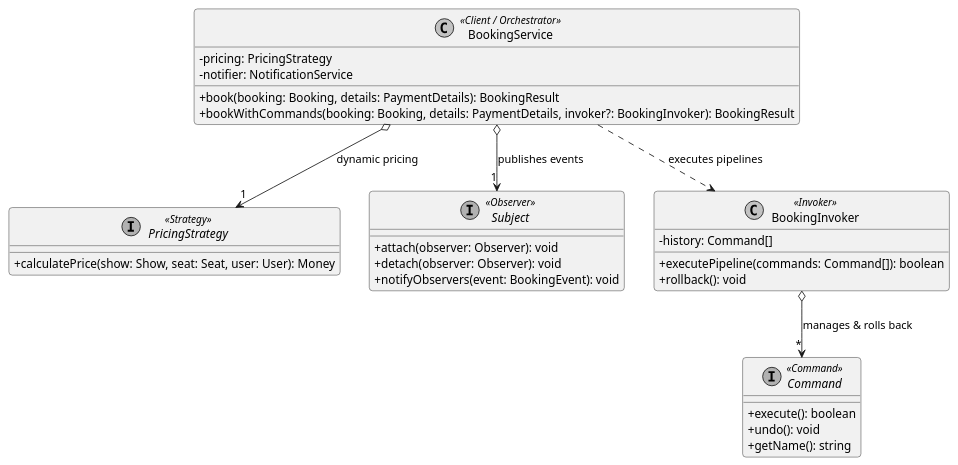
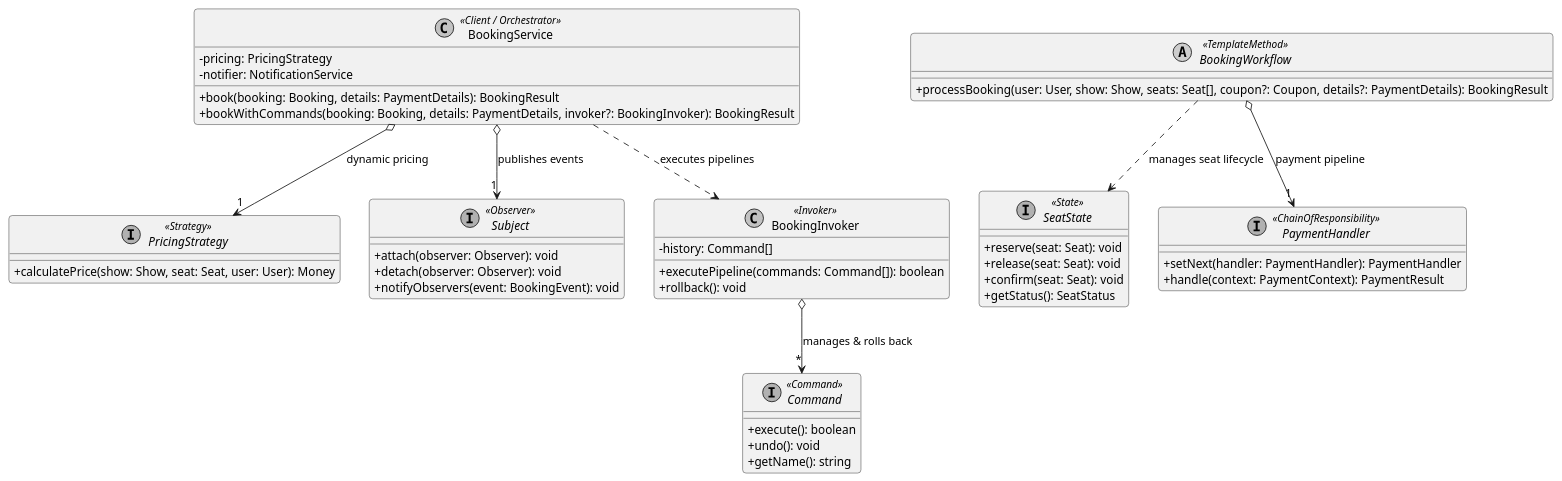
Before and after one commit to gurjung/movie-booking-system-lld: diagram 11 of 11 in README.md, drawn with PlantUML. The commit also changed other lines of this file, not shown here.

````diff
--- a/README.md
+++ b/README.md
@@ -1066,42 +1151,61 @@
 ```plantuml
 @startuml
 skinparam classAttributeIconSize 0
 skinparam roundcorner 8
 skinparam shadowing false
 skinparam monochrome true
 
 interface PricingStrategy <<Strategy>> {
     +calculatePrice(show: Show, seat: Seat, user: User): Money
 }
 
 interface Subject <<Observer>> {
     +attach(observer: Observer): void
     +detach(observer: Observer): void
     +notifyObservers(event: BookingEvent): void
 }
 
 interface Command <<Command>> {
     +execute(): boolean
     +undo(): void
     +getName(): string
 }
 
 class BookingInvoker <<Invoker>> {
     -history: Command[]
     +executePipeline(commands: Command[]): boolean
     +rollback(): void
 }
 
+interface SeatState <<State>> {
+    +reserve(seat: Seat): void
+    +release(seat: Seat): void
+    +confirm(seat: Seat): void
+    +getStatus(): SeatStatus
+}
+
+interface PaymentHandler <<ChainOfResponsibility>> {
+    +setNext(handler: PaymentHandler): PaymentHandler
+    +handle(context: PaymentContext): PaymentResult
+}
+
+abstract class BookingWorkflow <<TemplateMethod>> {
+    +processBooking(user: User, show: Show, seats: Seat[], coupon?: Coupon, details?: PaymentDetails): BookingResult
+}
+
 class BookingService <<Client / Orchestrator>> {
     -pricing: PricingStrategy
     -notifier: NotificationService
     +book(booking: Booking, details: PaymentDetails): BookingResult
     +bookWithCommands(booking: Booking, details: PaymentDetails, invoker?: BookingInvoker): BookingResult
 }
 
 BookingService o--> "1" PricingStrategy : dynamic pricing
 BookingService o--> "1" Subject : publishes events
 BookingService ..> BookingInvoker : executes pipelines
 BookingInvoker o--> "*" Command : manages & rolls back
+
+BookingWorkflow o--> "1" PaymentHandler : payment pipeline
+BookingWorkflow ..> SeatState : manages seat lifecycle
 @enduml
 ```
````
